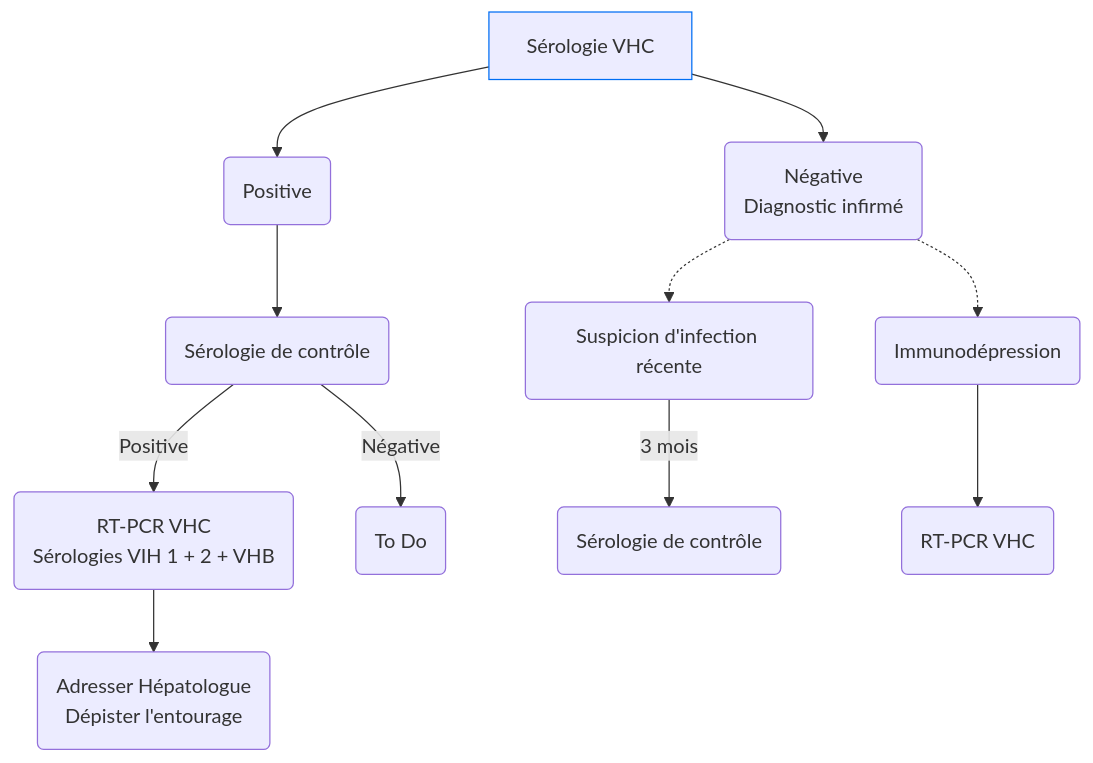
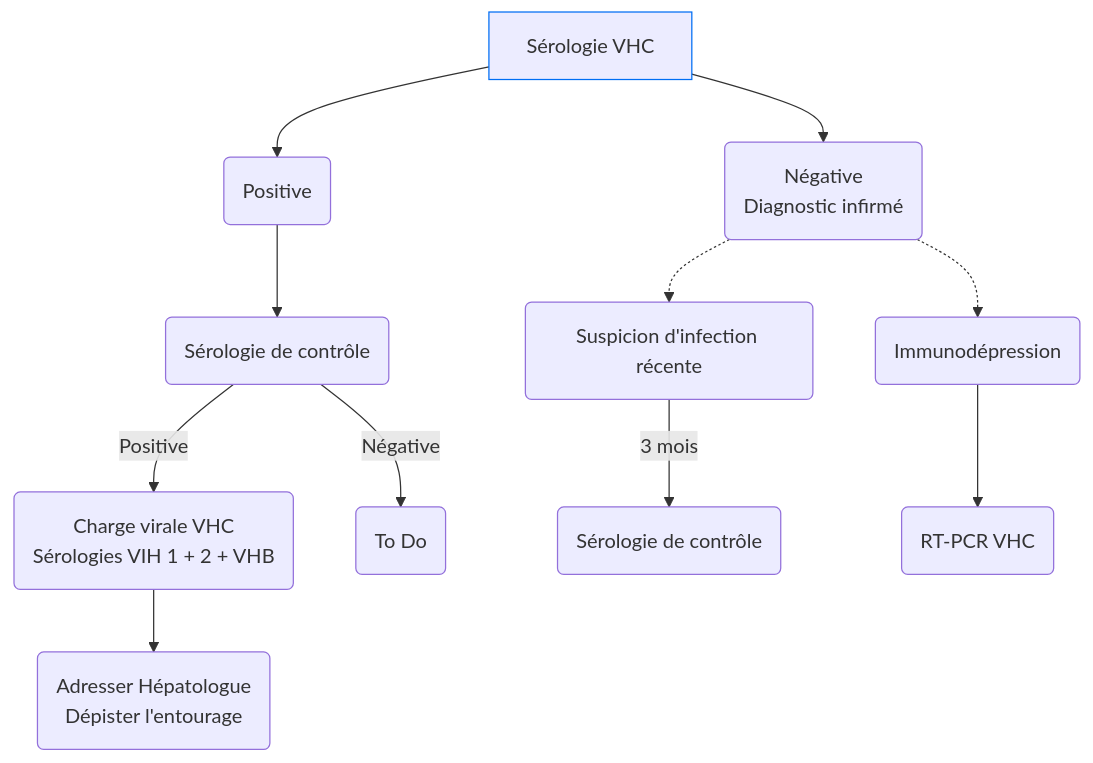
One commit to djibe/recommandations-medicales changed the first of 2 diagrams in content/recommandations/hepatite-c.md. Above: the diagram before and after it, drawn with Mermaid. The commit also changed other lines of this file and 5 other files, not shown here.

```diff
--- a/content/recommandations/hepatite-c.md
+++ b/content/recommandations/hepatite-c.md
@@ -149,14 +177,14 @@
 {{< mermaid title="Conduite à tenir devant un résultat de sérologie d'hépatite C. Dr JB FRON d'après HAS 2019" >}}
 graph TB
   serologie[Sérologie VHC] --> serologie+(Positive)
   style serologie stroke:#006ef4, stroke-width:1px
   serologie+ --> controle(Sérologie de contrôle)
-    controle -- Positive --> pcr(RT-PCR VHC<br>Sérologies VIH 1 + 2 + VHB)
+    controle -- Positive --> pcr(Charge virale VHC<br>Sérologies VIH 1 + 2 + VHB)
     controle -- Négative --> controleNegatif(To Do)
     pcr --> mg(Adresser Hépatologue<br>Dépister l'entourage)
   serologie --> serologie-(Négative<br>Diagnostic infirmé)
   serologie- -.-> infRecente(Suspicion d'infection récente)
     infRecente -- 3 mois --> 3mois(Sérologie de contrôle)
   serologie- -.-> immunodep(Immunodépression)
     immunodep --> pcr2(RT-PCR VHC)
 {{< /mermaid >}}
```
